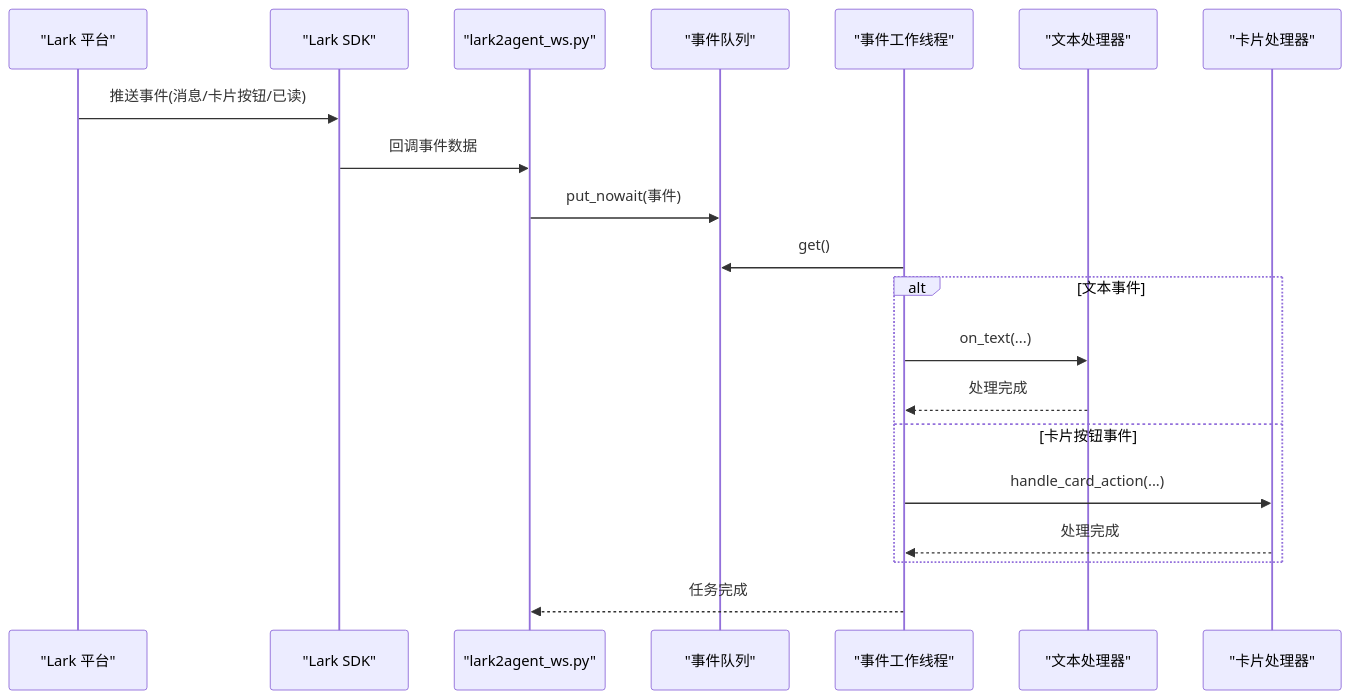
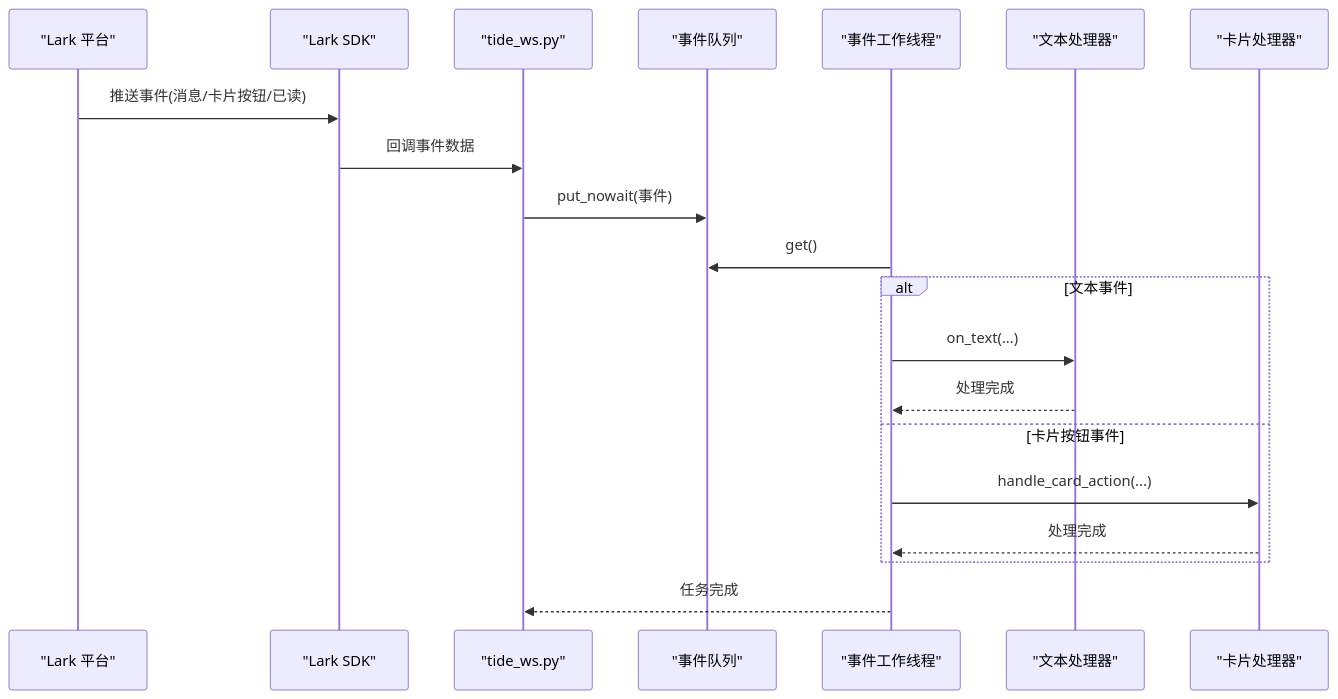
Before and after one commit to winditer/tide: the second of 4 diagrams in .qoder/repowiki/zh/content/API 参考/WebSocket API.md, drawn with Mermaid. The commit also changed other lines of this file and 260 other files, not shown here.

````diff
--- a/.qoder/repowiki/zh/content/API 参考/WebSocket API.md
+++ b/.qoder/repowiki/zh/content/API 参考/WebSocket API.md
@@ -90,22 +90,22 @@
 ```mermaid
 sequenceDiagram
 participant Lark as "Lark 平台"
 participant SDK as "Lark SDK"
-participant Script as "lark2agent_ws.py"
+participant Script as "tide_ws.py"
 participant Queue as "事件队列"
 participant Worker as "事件工作线程"
 participant Text as "文本处理器"
 participant Card as "卡片处理器"
 Lark->>SDK : 推送事件(消息/卡片按钮/已读)
 SDK->>Script : 回调事件数据
 Script->>Queue : put_nowait(事件)
 Worker->>Queue : get()
 alt 文本事件
 Worker->>Text : on_text(...)
 Text-->>Worker : 处理完成
 else 卡片按钮事件
 Worker->>Card : handle_card_action(...)
 Card-->>Worker : 处理完成
 end
 Worker-->>Script : 任务完成
 ```
````
